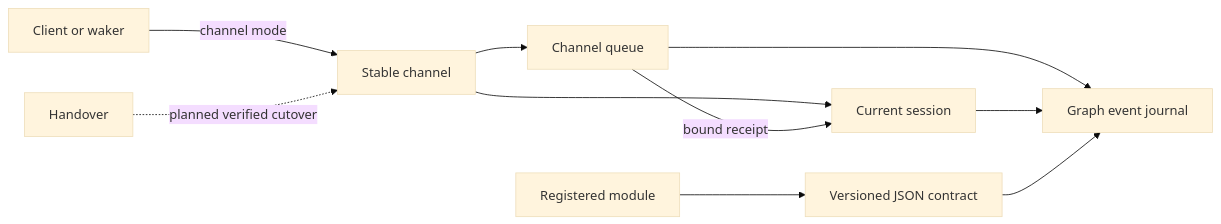
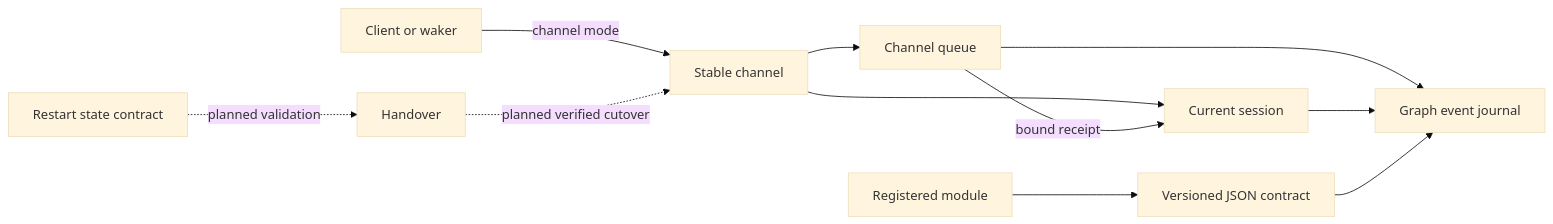
One commit to NestDevLab/agent-mesh changed the diagram in docs/design/plexus-architecture.mmd. Above: the diagram before and after it, drawn with Mermaid (base theme). The commit also changed 1 other file, not shown here.

Commit message:
Show restart state in Plexus diagram

```diff
--- a/docs/design/plexus-architecture.mmd
+++ b/docs/design/plexus-architecture.mmd
@@ -1,10 +1,11 @@
 flowchart LR
   Client["Client or waker"] -- "channel mode" --> Channel["Stable channel"]
   Channel --> Queue["Channel queue"]
   Channel --> Session["Current session"]
   Queue --> Journal["Graph event journal"]
   Session --> Journal
   Module["Registered module"] --> Contract["Versioned JSON contract"]
   Contract --> Journal
   Queue -- "bound receipt" --> Session
+  Restart["Restart state contract"] -. "planned validation" .-> Handover
   Handover["Handover"] -. "planned verified cutover" .-> Channel
```
